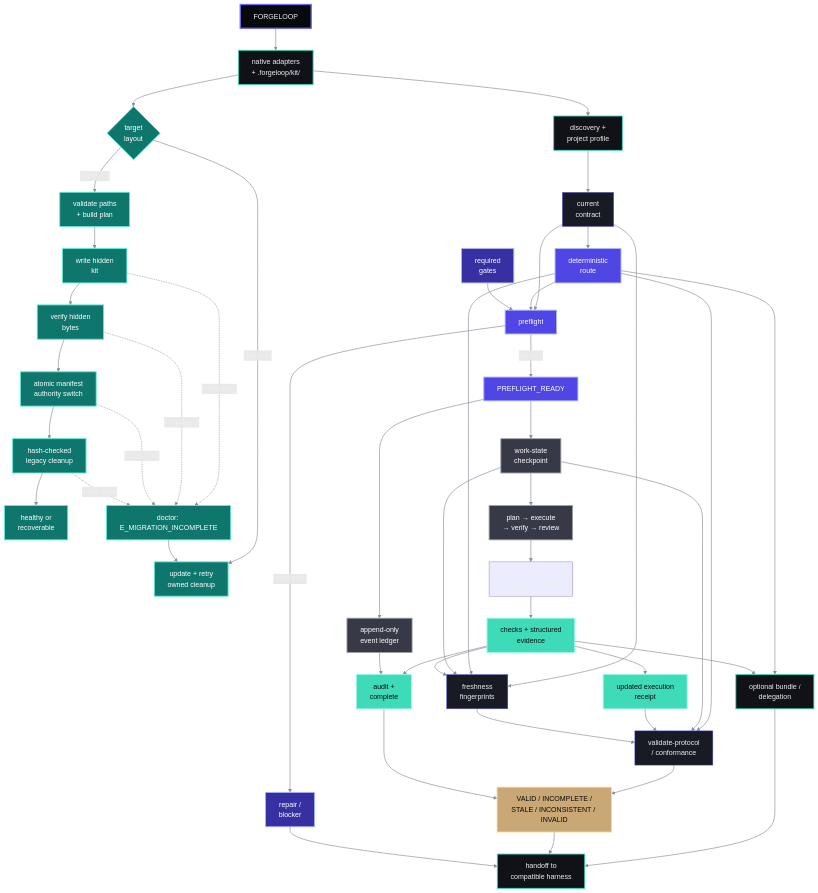
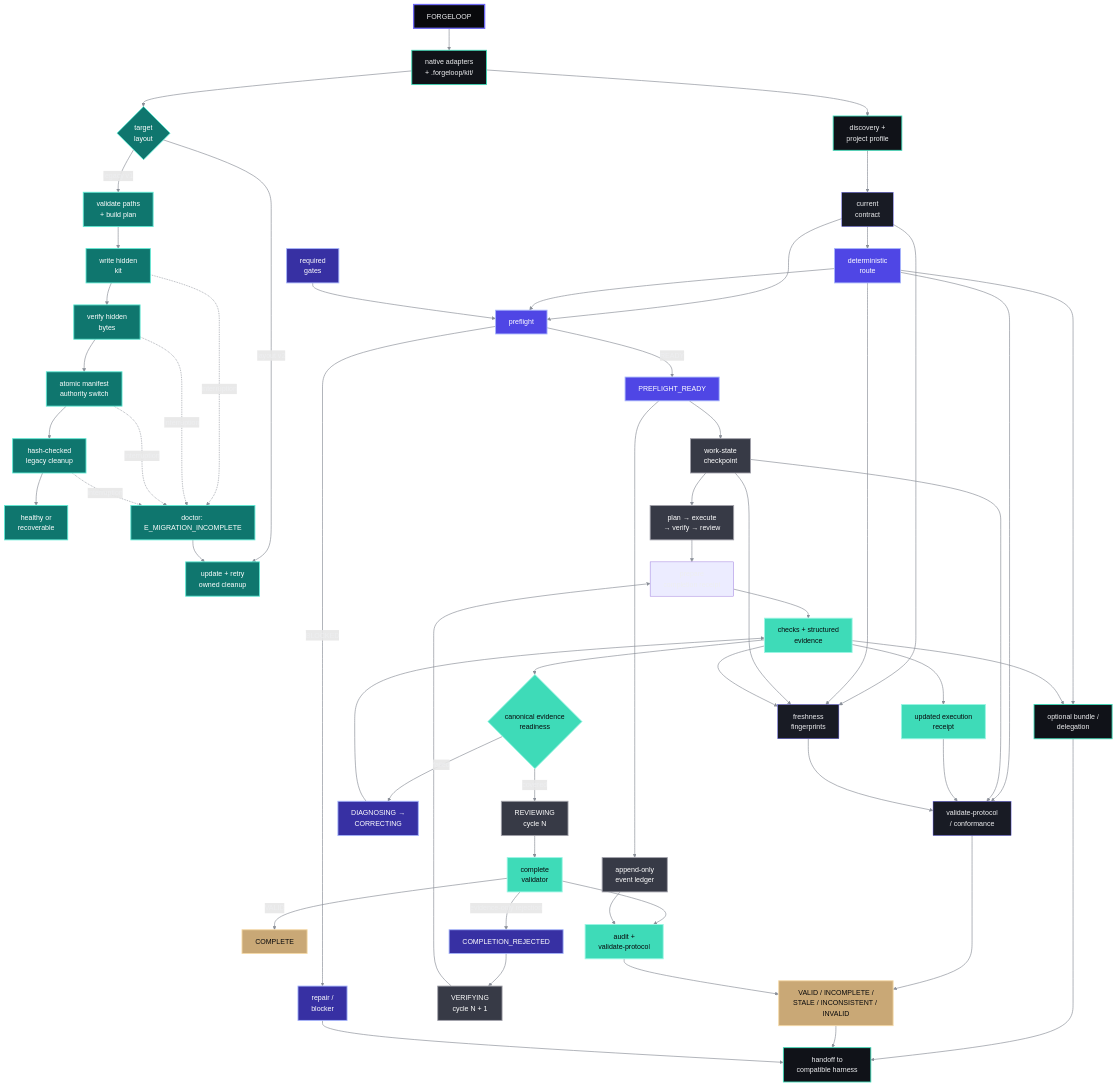
Before and after one commit to cassiomc1/ForgeLoop: the diagram in README.md, drawn with Mermaid. The commit also changed other lines of this file and 26 other files, not shown here.

Commit message:
Harden lifecycle evidence recovery

```diff
--- a/README.md
+++ b/README.md
@@ -87,8 +87,17 @@
   state --> lifecycle["plan → execute<br/>→ verify → review"]
   lifecycle --> prepare["prepare<br/>completion receipt"]
   prepare --> checks["checks + structured<br/>evidence"]
+  checks --> readiness{"canonical evidence<br/>readiness"}
+  readiness -->|covered| review["REVIEWING<br/>cycle N"]
+  readiness -->|failed| diagnose["DIAGNOSING →<br/>CORRECTING"]
+  diagnose --> checks
+  review --> complete["complete<br/>validator"]
+  complete -->|VALID| terminal["COMPLETE"]
+  complete -->|evidence-only rejection| rejected["COMPLETION_REJECTED"]
+  rejected --> cycle["VERIFYING<br/>cycle N + 1"]
+  cycle --> prepare
   checks --> receipt["updated execution<br/>receipt"]
-  checks --> audit["audit +<br/>complete"]
+  complete --> audit["audit +<br/>validate-protocol"]
   events --> audit
 
   contract --> freshness["freshness<br/>fingerprints"]
@@ -123,8 +132,10 @@
   class entry,discovery,delegation entry;
   class migration,plan,hidden,verified,authority,cleanup,recovered,retry,incomplete migration;
   class routing,preflight,ready routing;
-  class state,events,lifecycle state;
-  class checks,receipt,audit evidence;
+  class state,events,lifecycle,review,cycle state;
+  class checks,readiness,receipt,complete,audit evidence;
+  class diagnose,rejected gate;
+  class terminal result;
   class contract,freshness,conformance fact;
   class gates,blocker gate;
   class verdict result;
```
